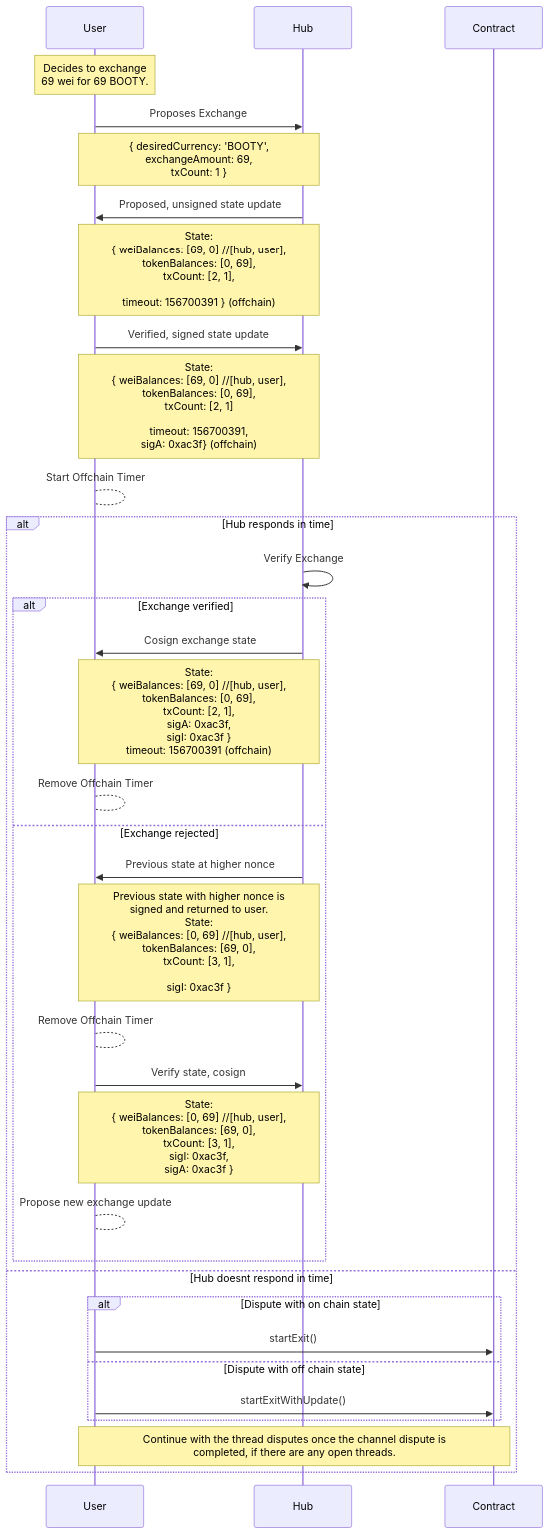
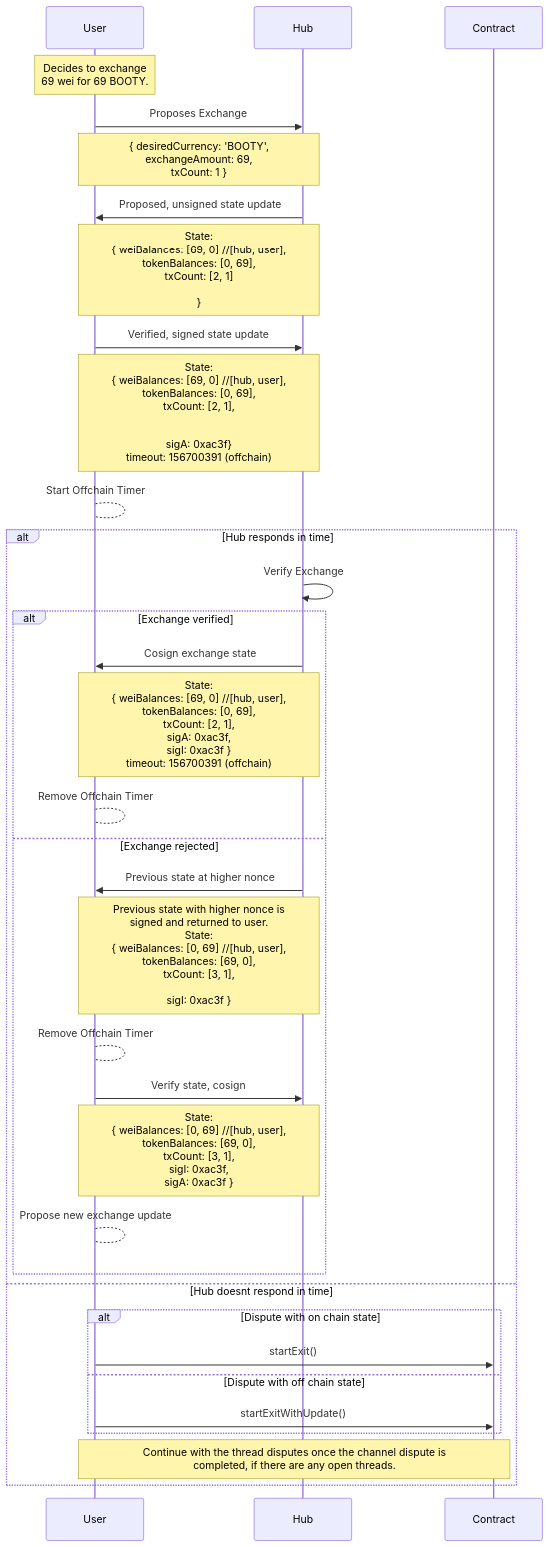
Before and after one commit to kyokan/contracts: the diagram in docs/diagrams/exchange.mmd, drawn with Mermaid.

```diff
--- a/docs/diagrams/exchange.mmd
+++ b/docs/diagrams/exchange.mmd
@@ -1,58 +1,58 @@
 sequenceDiagram
 
     # title <u>Offchain Exchange</u>
 
     # aliases
     participant User
     participant Hub
     participant Contract
 
 
     Note over User: Decides to exchange <br> 69 wei for 69 BOOTY.
 
 
     User->>Hub: Proposes Exchange
     Note over User,Hub: { desiredCurrency: 'BOOTY',<br>exchangeAmount: 69,<br>txCount: 1 }
 
 Hub->>User: Proposed, unsigned state update
-Note over User,Hub: State: <br> { weiBalances: [69, 0] //[hub, user], <br> tokenBalances: [0, 69], <br> txCount: [2, 1],<br><br> timeout: 156700391 } (offchain)
+Note over User,Hub: State: <br> { weiBalances: [69, 0] //[hub, user], <br> tokenBalances: [0, 69], <br> txCount: [2, 1]<br><br>  } 
 
 User->>Hub: Verified, signed state update
-Note over User,Hub: State: <br> { weiBalances: [69, 0] //[hub, user], <br> tokenBalances: [0, 69], <br> txCount: [2, 1] <br><br> timeout: 156700391,<br>sigA: 0xac3f} (offchain)
+Note over User,Hub: State: <br> { weiBalances: [69, 0] //[hub, user], <br> tokenBalances: [0, 69], <br> txCount: [2, 1], <br><br><br>sigA: 0xac3f} <br>timeout: 156700391 (offchain)
     User-->User: Start Offchain Timer
 
     alt Hub responds in time
 
         Hub->>Hub: Verify Exchange
 
         alt Exchange verified
             
             Hub->>User: Cosign exchange state
             Note over User,Hub: State: <br> { weiBalances: [69, 0] //[hub, user], <br> tokenBalances: [0, 69], <br> txCount: [2, 1], <br>sigA: 0xac3f, <br>sigI: 0xac3f } <br> timeout: 156700391 (offchain)
       
             User-->User: Remove Offchain Timer
 
         else Exchange rejected
             
             Hub->>User: Previous state at higher nonce
             Note over User,Hub: Previous state with higher nonce is <br> signed and returned to user. <br> State: <br> { weiBalances: [0, 69] //[hub, user], <br> tokenBalances: [69, 0], <br> txCount: [3, 1], <br><br>sigI: 0xac3f }
 
             User-->User: Remove Offchain Timer
 
             User->>Hub: Verify state, cosign
             Note over User,Hub: State: <br> { weiBalances: [0, 69] //[hub, user], <br> tokenBalances: [69, 0], <br> txCount: [3, 1], <br>sigI: 0xac3f, <br>sigA: 0xac3f }
 
             User-->User: Propose new exchange update
 
         end
 
     else Hub doesnt respond in time
     
         alt Dispute with on chain state
             User->>Contract: startExit()
         else Dispute with off chain state
             User->>Contract: startExitWithUpdate()
         end
 
         Note over User,Contract: Continue with the thread disputes once the channel dispute is<br> completed, if there are any open threads.
     end
```
